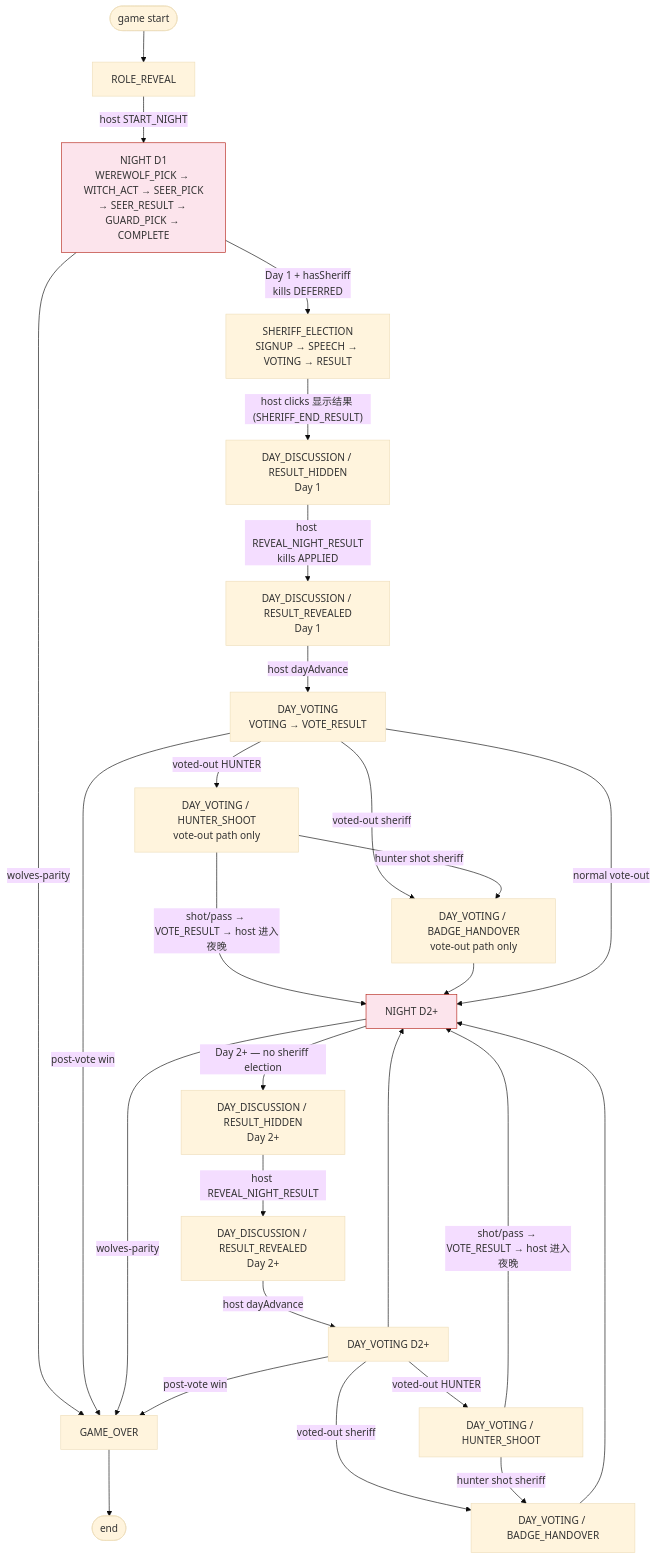
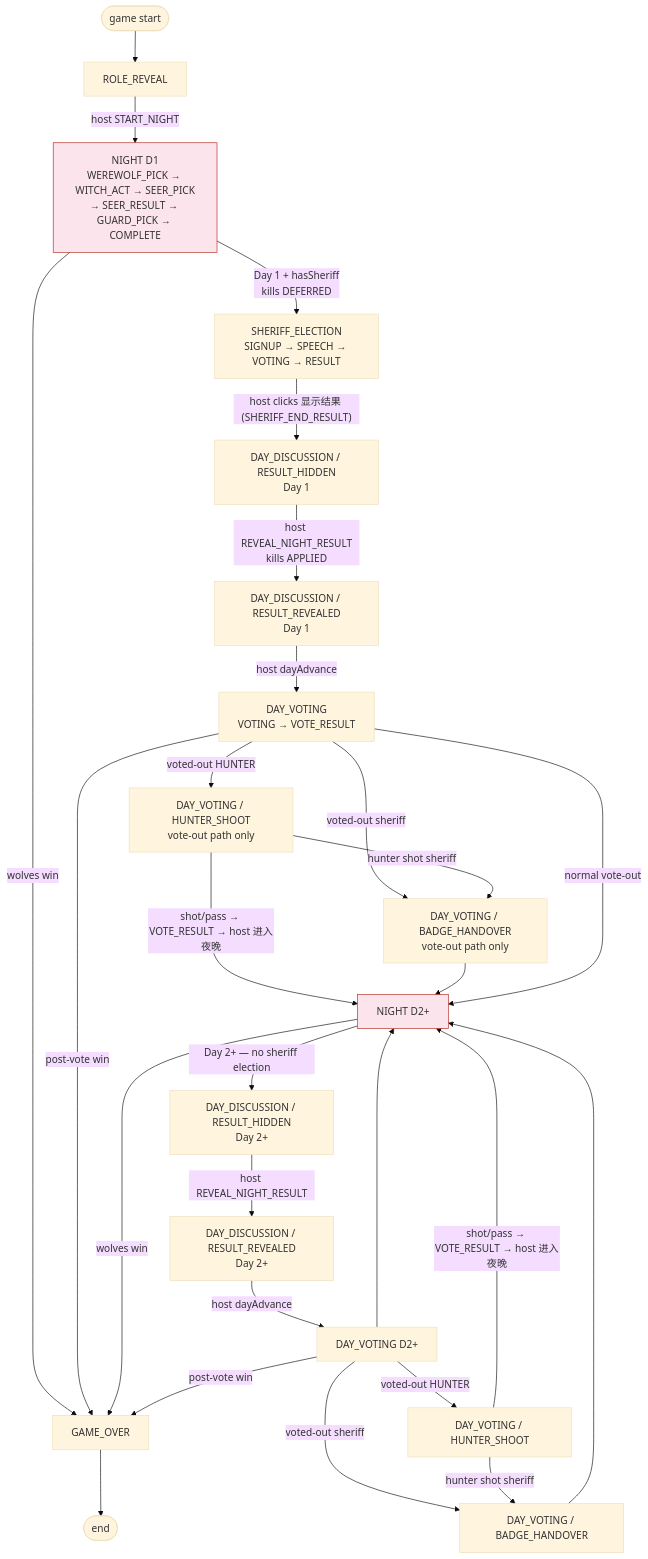
The first of 3 diagrams in docs/game-phase-flow.md (wangdaqian08/werewolf-simple), drawn with Mermaid (base theme) before and after one commit. The commit also changed other lines of this file and 76 other files, not shown here.

````diff
--- a/docs/game-phase-flow.md
+++ b/docs/game-phase-flow.md
@@ -29,37 +29,37 @@
-```mermaid
-flowchart TB
-    START([game start]) --> RR["ROLE_REVEAL"]
-    RR -->|"host START_NIGHT"| N1["NIGHT D1<br/>WEREWOLF_PICK → WITCH_ACT → SEER_PICK<br/>→ SEER_RESULT → GUARD_PICK → COMPLETE"]
+ ```mermaid
+ flowchart TB
+     START([game start]) --> RR["ROLE_REVEAL"]
+     RR -->|"host START_NIGHT"| N1["NIGHT D1<br/>WEREWOLF_PICK → WITCH_ACT → SEER_PICK<br/>→ SEER_RESULT → GUARD_PICK → COMPLETE"]
+ 
+     N1 -->|"wolves win"| GO["GAME_OVER"]
+     N1 -->|"Day 1 + hasSheriff<br/>kills DEFERRED"| SE["SHERIFF_ELECTION<br/>SIGNUP → SPEECH → VOTING → RESULT"]
+ 
+     SE -->|"host clicks 显示结果 (SHERIFF_END_RESULT)"| DH1["DAY_DISCUSSION / RESULT_HIDDEN<br/>Day 1"]
+     DH1 -->|"host REVEAL_NIGHT_RESULT<br/>kills APPLIED"| DR1["DAY_DISCUSSION / RESULT_REVEALED<br/>Day 1"]
+     DR1 -->|"host dayAdvance"| DV1["DAY_VOTING<br/>VOTING → VOTE_RESULT"]
+ 
+     DV1 -->|"voted-out HUNTER"| HS1["DAY_VOTING / HUNTER_SHOOT<br/>vote-out path only"]
+     DV1 -->|"voted-out sheriff"| BH1["DAY_VOTING / BADGE_HANDOVER<br/>vote-out path only"]
+     HS1 -->|"hunter shot sheriff"| BH1
+     HS1 -->|"shot/pass → VOTE_RESULT → host 进入夜晚"| N2["NIGHT D2+"]
+     BH1 --> N2
+     DV1 -->|"normal vote-out"| N2
+     DV1 -->|"post-vote win"| GO
 
-    N1 -->|"wolves-parity"| GO["GAME_OVER"]
-    N1 -->|"Day 1 + hasSheriff<br/>kills DEFERRED"| SE["SHERIFF_ELECTION<br/>SIGNUP → SPEECH → VOTING → RESULT"]
-
-    SE -->|"host clicks 显示结果 (SHERIFF_END_RESULT)"| DH1["DAY_DISCUSSION / RESULT_HIDDEN<br/>Day 1"]
-    DH1 -->|"host REVEAL_NIGHT_RESULT<br/>kills APPLIED"| DR1["DAY_DISCUSSION / RESULT_REVEALED<br/>Day 1"]
-    DR1 -->|"host dayAdvance"| DV1["DAY_VOTING<br/>VOTING → VOTE_RESULT"]
-
-    DV1 -->|"voted-out HUNTER"| HS1["DAY_VOTING / HUNTER_SHOOT<br/>vote-out path only"]
-    DV1 -->|"voted-out sheriff"| BH1["DAY_VOTING / BADGE_HANDOVER<br/>vote-out path only"]
-    HS1 -->|"hunter shot sheriff"| BH1
-    HS1 -->|"shot/pass → VOTE_RESULT → host 进入夜晚"| N2["NIGHT D2+"]
-    BH1 --> N2
-    DV1 -->|"normal vote-out"| N2
-    DV1 -->|"post-vote win"| GO
-
-    N2 -->|"wolves-parity"| GO
+     N2 -->|"wolves win"| GO
     N2 -->|"Day 2+ — no sheriff election"| DH2["DAY_DISCUSSION / RESULT_HIDDEN<br/>Day 2+"]
     DH2 -->|"host REVEAL_NIGHT_RESULT"| DR2["DAY_DISCUSSION / RESULT_REVEALED<br/>Day 2+"]
     DR2 -->|"host dayAdvance"| DV2["DAY_VOTING D2+"]
     DV2 -->|"voted-out HUNTER"| HS2["DAY_VOTING / HUNTER_SHOOT"]
     DV2 -->|"voted-out sheriff"| BH2["DAY_VOTING / BADGE_HANDOVER"]
     HS2 -->|"hunter shot sheriff"| BH2
     HS2 -->|"shot/pass → VOTE_RESULT → host 进入夜晚"| N2
     BH2 --> N2
     DV2 --> N2
     DV2 -->|"post-vote win"| GO
 
     GO --> END([end])
 
     classDef nightKillNoLastAction fill:#fce4ec,stroke:#b5251a
     class N1,N2 nightKillNoLastAction
 ```
````
